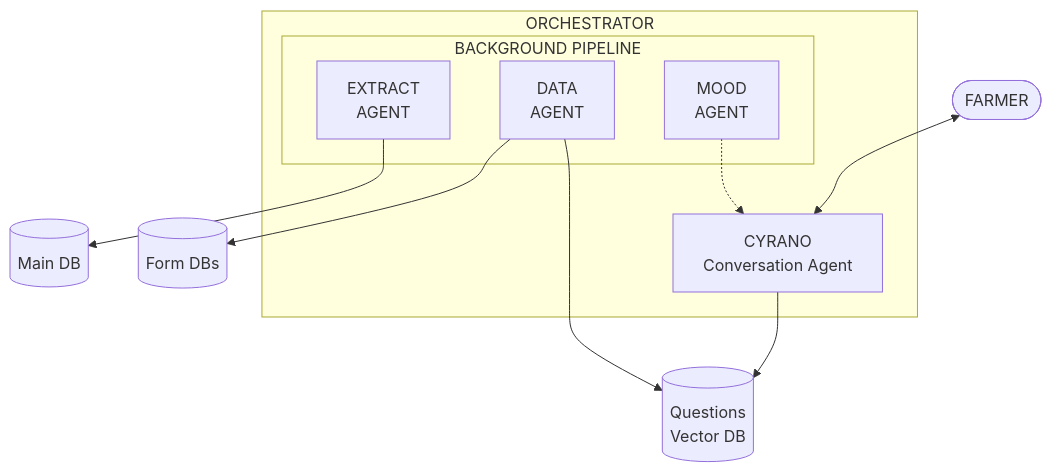
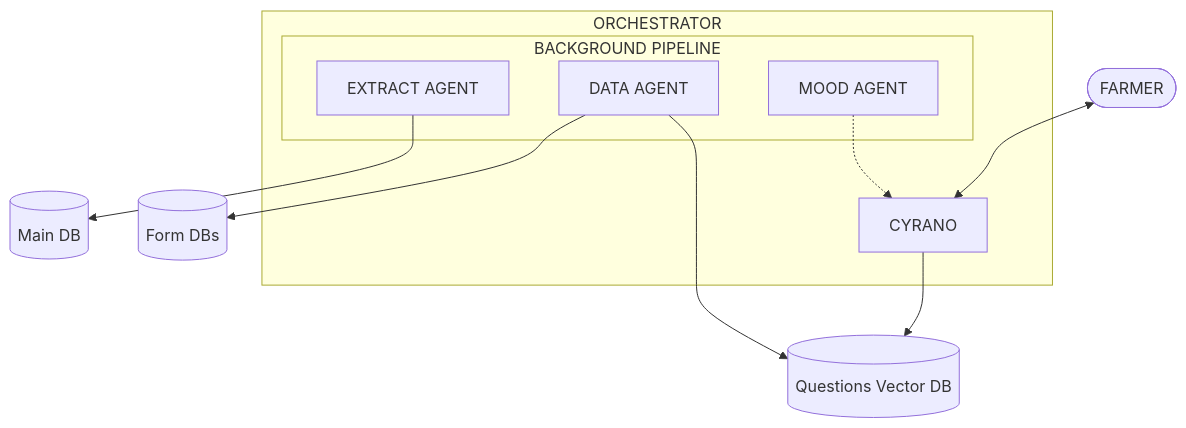
Before and after one commit to deepdmk/cyrano-agent: the diagram in README.md, drawn with Mermaid.

Commit message:
docs: Fix literal \n in Mermaid diagram labels

````diff
--- a/README.md
+++ b/README.md
@@ -18,25 +18,25 @@
 ```mermaid
 graph TB
     Farmer(["FARMER"])
 
     subgraph Orchestrator["ORCHESTRATOR"]
-        Cyrano["CYRANO\nConversation Agent"]
+        Cyrano["CYRANO"]
 
         subgraph Pipeline["BACKGROUND PIPELINE"]
-            ExtractAgent["EXTRACT\nAGENT"]
-            DataAgent["DATA\nAGENT"]
-            MoodAgent["MOOD\nAGENT"]
+            ExtractAgent["EXTRACT AGENT"]
+            DataAgent["DATA AGENT"]
+            MoodAgent["MOOD AGENT"]
         end
     end
 
-    QuestionsDB[("Questions\nVector DB")]
+    QuestionsDB[("Questions Vector DB")]
     MainDB[("Main DB")]
     FormDBs[("Form DBs")]
 
     Farmer <--> Cyrano
     Cyrano --> QuestionsDB
     ExtractAgent --> MainDB
     DataAgent --> FormDBs
     DataAgent --> QuestionsDB
     MoodAgent -.-> Cyrano
 ```
````
